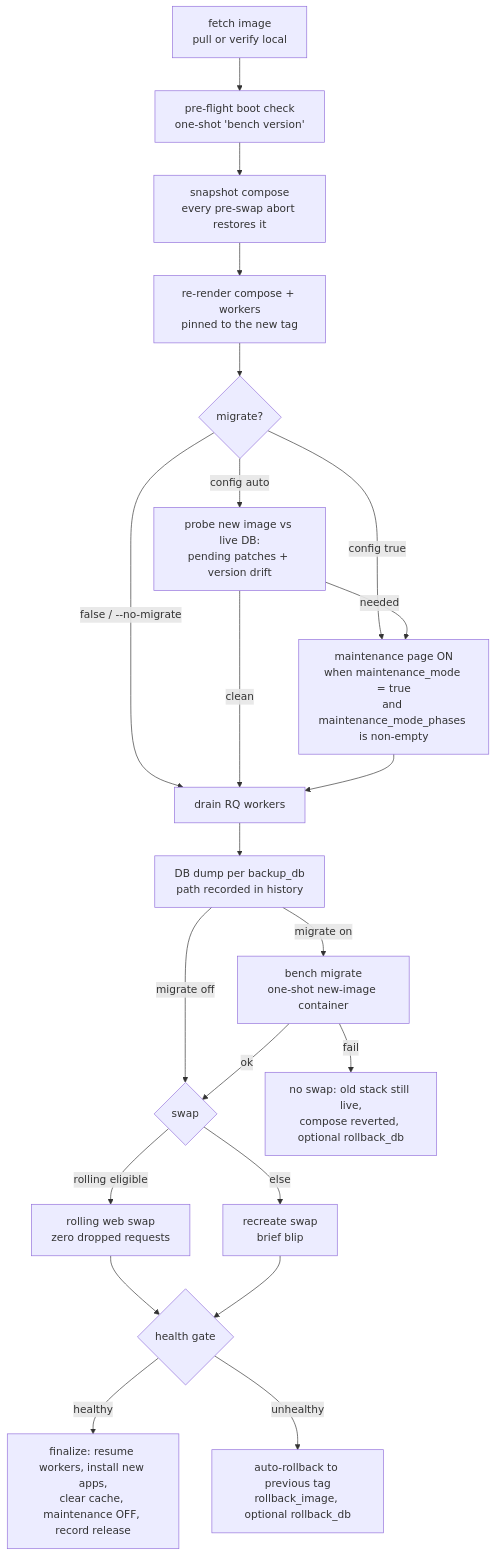
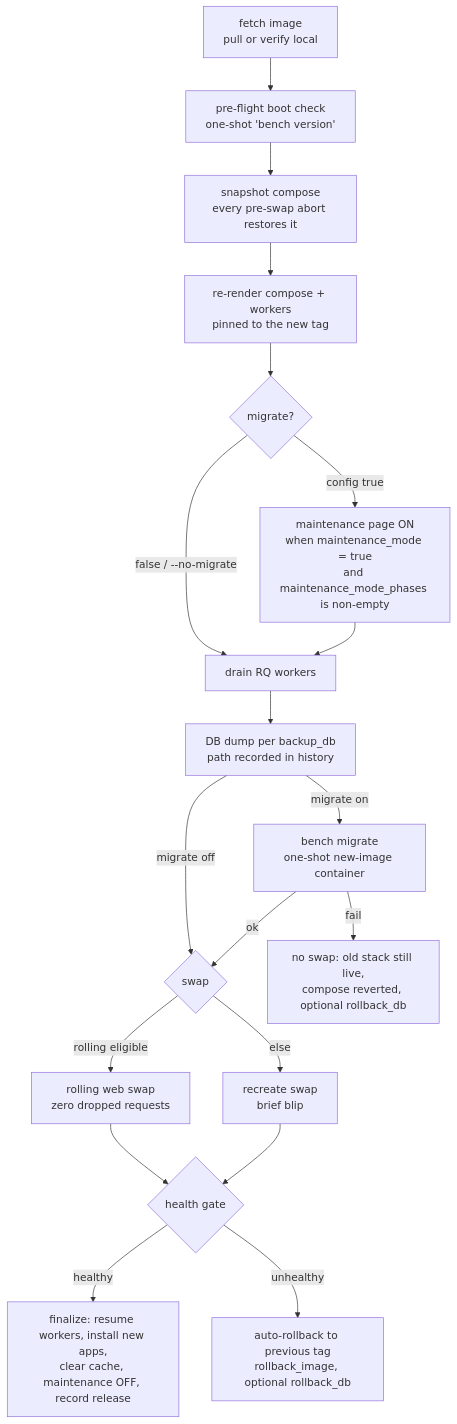
One commit to rtCamp/Frappe-Manager changed the second of 3 diagrams in docs/deploy/index.md. Above: the diagram before and after it, drawn with Mermaid. The commit also changed 26 other files, not shown here.

````diff
--- a/docs/deploy/index.md
+++ b/docs/deploy/index.md
@@ -80,24 +80,21 @@
 ```mermaid
 flowchart TD
     F[fetch image\npull or verify local] --> PF[pre-flight boot check\none-shot 'bench version']
     PF --> SNAP[snapshot compose\nevery pre-swap abort restores it]
     SNAP --> PIN[re-render compose + workers\npinned to the new tag]
     PIN --> M{migrate?}
     M -->|config true| MAINT[maintenance page ON\nwhen maintenance_mode = true\nand maintenance_mode_phases is non-empty]
-    M -->|config auto| PROBE[probe new image vs live DB:\npending patches + version drift]
     M -->|false / --no-migrate| DRAIN
-    PROBE -->|clean| DRAIN
-    PROBE -->|needed| MAINT
     MAINT --> DRAIN[drain RQ workers]
     DRAIN --> BK[DB dump per backup_db\npath recorded in history]
     BK -->|migrate on| MIG[bench migrate\none-shot new-image container]
     BK -->|migrate off| SWAP
     MIG -->|ok| SWAP{swap}
     MIG -->|fail| KEEP[no swap: old stack still live,\ncompose reverted, optional rollback_db]
     SWAP -->|rolling eligible| ROLL[rolling web swap\nzero dropped requests]
     SWAP -->|else| REC[recreate swap\nbrief blip]
     ROLL --> GATE{health gate}
     REC --> GATE
     GATE -->|healthy| FIN[finalize: resume workers, install new apps,\nclear cache, maintenance OFF, record release]
     GATE -->|unhealthy| RB[auto-rollback to previous tag\nrollback_image, optional rollback_db]
 ```
````
